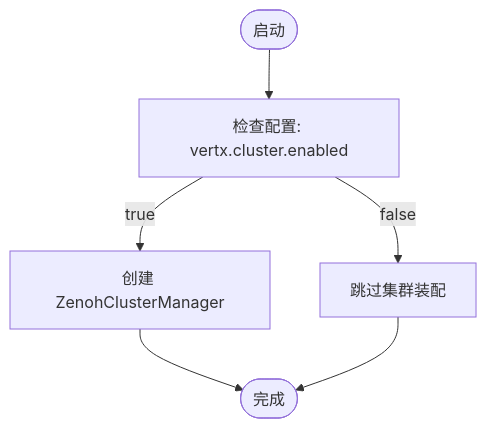
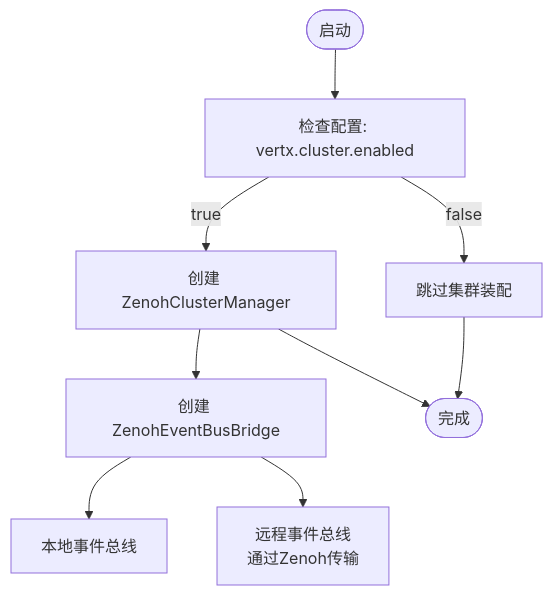
Before and after one commit to ossworker/vertx-starter: the sixth of 9 diagrams in .qoder/repowiki/zh/content/示例和最佳实践.md, drawn with Mermaid. The commit also changed other lines of this file and 7 other files, not shown here.

````diff
--- a/.qoder/repowiki/zh/content/示例和最佳实践.md
+++ b/.qoder/repowiki/zh/content/示例和最佳实践.md
@@ -255,8 +300,11 @@
 ```mermaid
 flowchart TD
 Start(["启动"]) --> Check["检查配置: vertx.cluster.enabled"]
 Check --> |true| BuildMgr["创建 ZenohClusterManager"]
 Check --> |false| Skip["跳过集群装配"]
+BuildMgr --> Bridge["创建 ZenohEventBusBridge"]
+Bridge --> LocalEB["本地事件总线"]
+Bridge --> RemoteEB["远程事件总线<br/>通过Zenoh传输"]
 BuildMgr --> Done(["完成"])
 Skip --> Done
 ```
````
